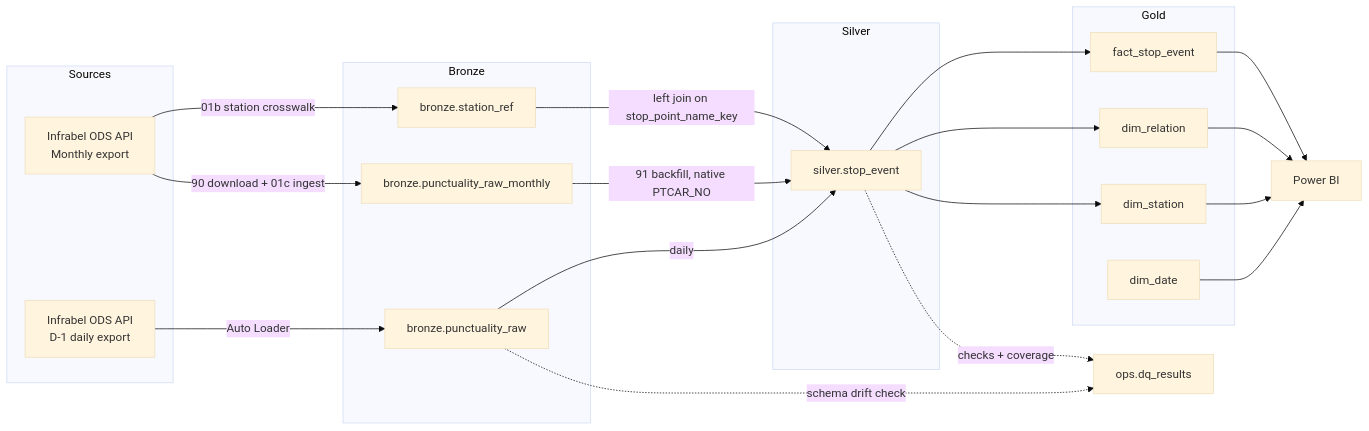
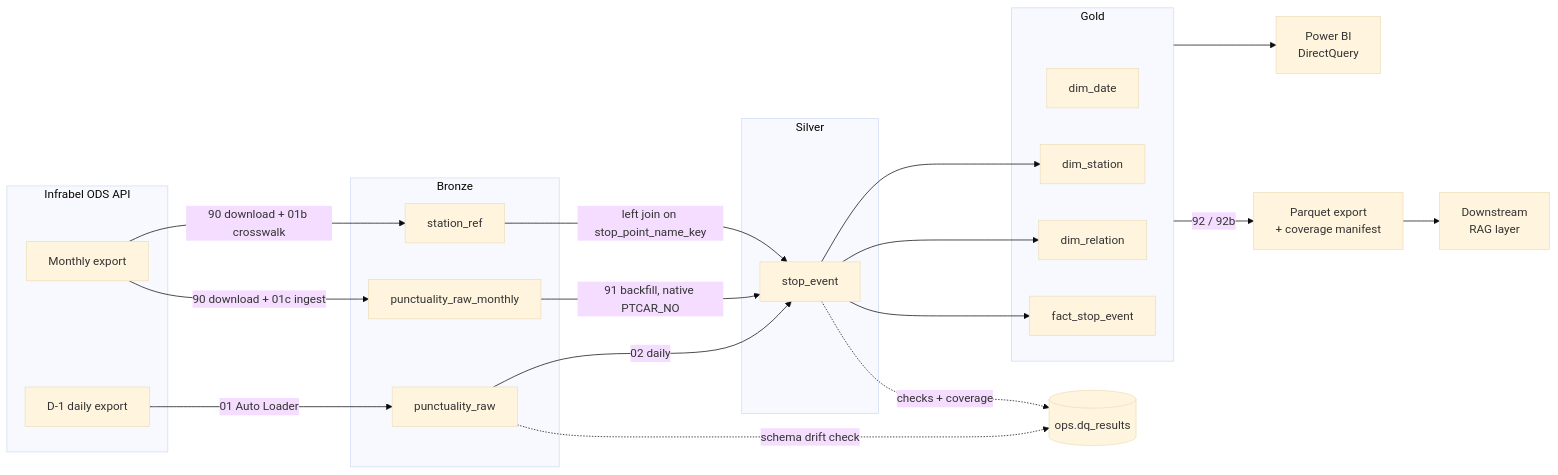
One commit to BeatrizJover/rail-punctuality-lakehouse changed the first of 2 diagrams in README.md. Above: the diagram before and after it, drawn with Mermaid (base theme). The commit also changed other lines of this file, not shown here.

````diff
--- a/README.md
+++ b/README.md
@@ -41,43 +15,44 @@
 ```mermaid
 flowchart LR
-    subgraph Sources
-        D1[Infrabel ODS API<br/>D-1 daily export]
-        MO[Infrabel ODS API<br/>Monthly export]
+    subgraph Sources[Infrabel ODS API]
+        D1[D-1 daily export]
+        MO[Monthly export]
     end
 
     subgraph Bronze
-        BR[bronze.punctuality_raw]
-        BM[bronze.punctuality_raw_monthly]
-        BS[bronze.station_ref]
+        BR[punctuality_raw]
+        BM[punctuality_raw_monthly]
+        BS[station_ref]
     end
 
     subgraph Silver
-        SS[silver.stop_event]
+        SS[stop_event]
     end
 
     subgraph Gold
         DD[dim_date]
         DS[dim_station]
         DR[dim_relation]
         FE[fact_stop_event]
     end
 
-    OPS[ops.dq_results]
-    PBI[Power BI]
+    OPS[(ops.dq_results)]
+    PBI[Power BI<br/>DirectQuery]
+    EXP[Parquet export<br/>+ coverage manifest]
+    RAG[Downstream<br/>RAG layer]
 
-    D1 -->|Auto Loader| BR
+    D1 -->|01 Auto Loader| BR
     MO -->|90 download + 01c ingest| BM
-    MO -->|01b station crosswalk| BS
-    BR -->|daily| SS
+    MO -->|90 download + 01b crosswalk| BS
+    BR -->|02 daily| SS
     BM -->|91 backfill, native PTCAR_NO| SS
     BS -->|left join on stop_point_name_key| SS
     BR -.->|schema drift check| OPS
     SS -.->|checks + coverage| OPS
     SS --> DS
     SS --> DR
     SS --> FE
-    DD --> PBI
-    DS --> PBI
-    DR --> PBI
-    FE --> PBI
+    Gold --> PBI
+    Gold -->|92 / 92b| EXP
+    EXP --> RAG
 ```
````
